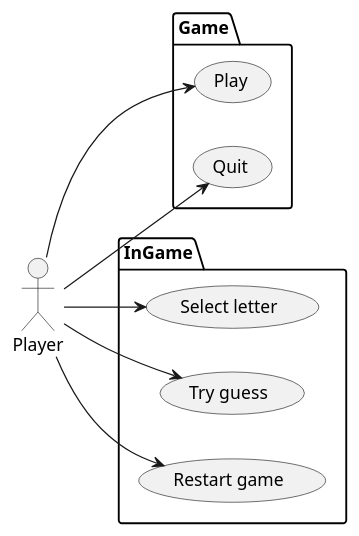
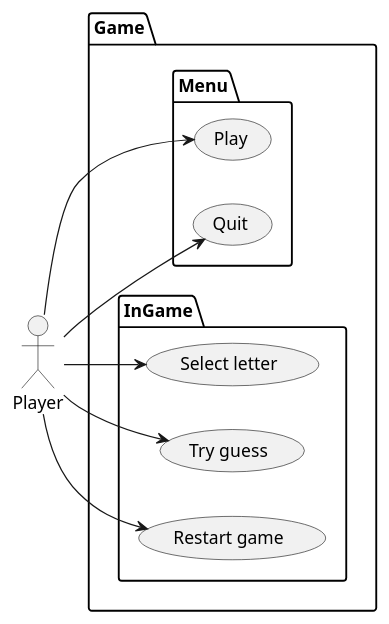
Before and after one commit to ZakyChagn/Wordle: the diagram in docs/use case.plantuml, drawn with PlantUML. The commit also changed 4 other files, not shown here.

```diff
--- a/docs/use case.plantuml
+++ b/docs/use case.plantuml
@@ -1,21 +1,24 @@
 @startuml Wordle
 left to right direction
 
 actor Player as p
 
-package Game {
-    usecase "Play" as UC5
-    usecase "Quit" as UC4
-}
+package Game{
+    
+    package Menu {
+        usecase "Play" as UC5
+        usecase "Quit" as UC4
+    }
 
-package InGame{
-    usecase "Select letter" as UC1
-    usecase "Try guess" as UC2
-    usecase "Restart game" as UC3
+    package InGame{
+        usecase "Select letter" as UC1
+        usecase "Try guess" as UC2
+        usecase "Restart game" as UC3
+    }
 }
 p --> UC1
 p --> UC2
 p --> UC3
 p --> UC4
 p --> UC5
 @enduml
```
